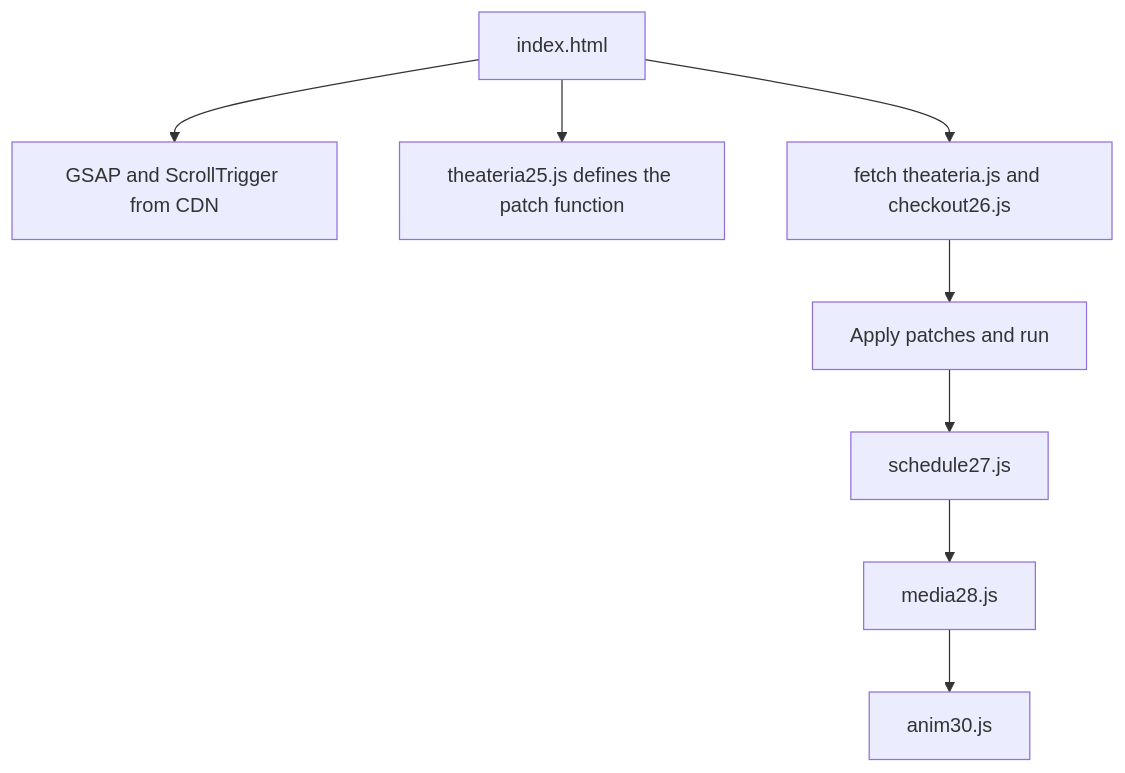
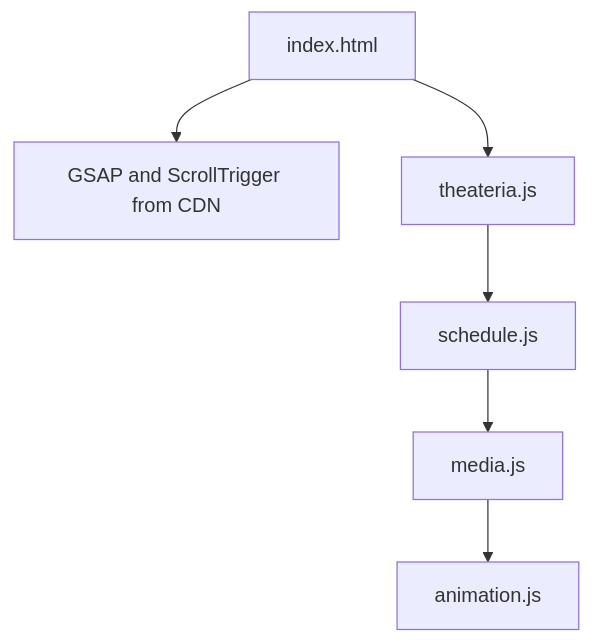
One commit to yosrend/theateria changed the diagram in docs/architecture.md. Above: the diagram before and after it, drawn with Mermaid. The commit also changed other lines of this file and 13 other files, not shown here.

First line of the commit message:
Bake runtime patches into theateria.js and add meta tags and CI

````diff
--- a/docs/architecture.md
+++ b/docs/architecture.md
@@ -7,10 +9,8 @@
 ```mermaid
 flowchart TD
   A[index.html] --> B[GSAP and ScrollTrigger from CDN]
-  A --> C[theateria25.js defines the patch function]
-  A --> D[fetch theateria.js and checkout26.js]
-  D --> E[Apply patches and run]
-  E --> F[schedule27.js]
-  F --> G[media28.js]
-  G --> H[anim30.js]
+  A --> C[theateria.js]
+  C --> F[schedule.js]
+  F --> G[media.js]
+  G --> H[animation.js]
 ```
````
